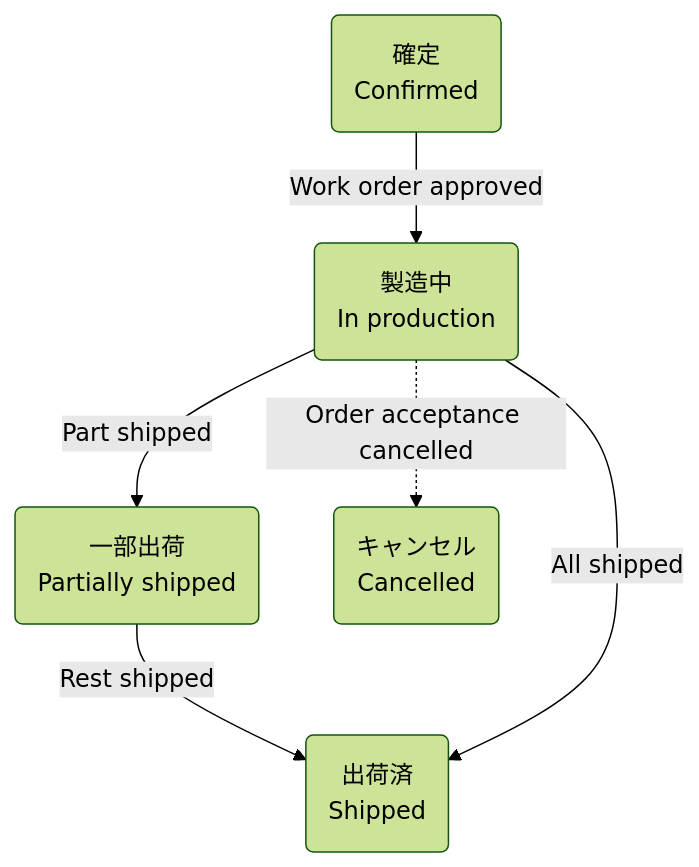
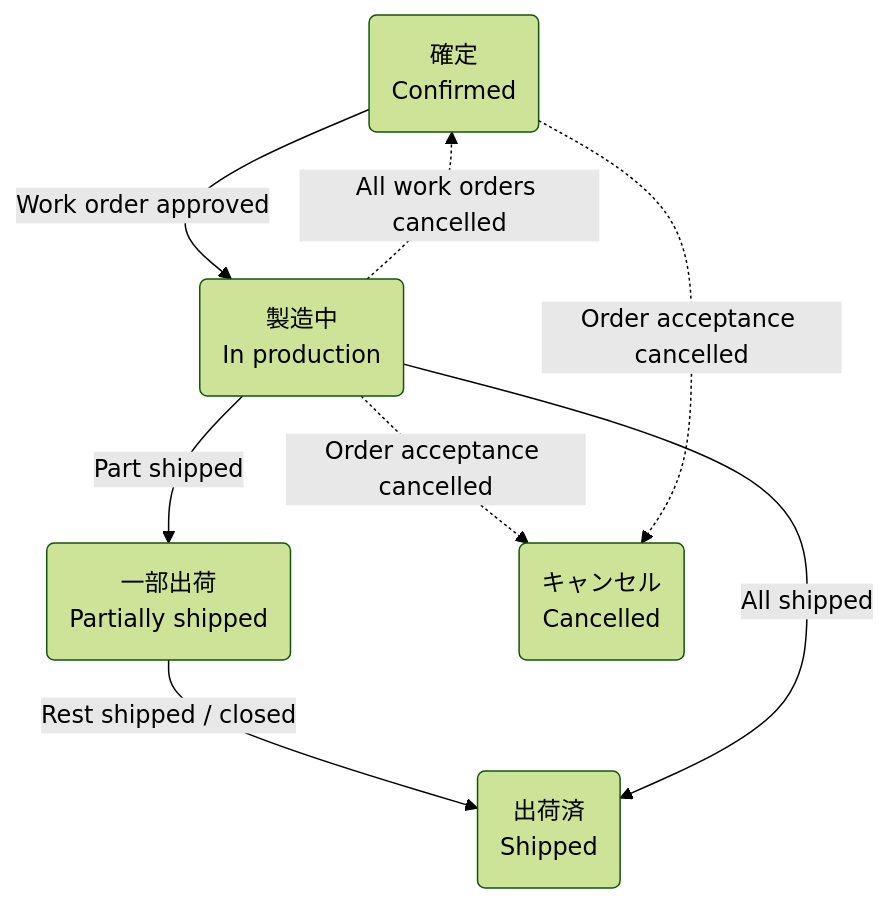
Before and after one commit to Kuisin/ckk-tool-v3: the second of 2 diagrams in coolify/apps/nextjs-web/content/manual/operations/sales/order-line/user.en.md, drawn with Mermaid (forest theme). The commit also changed other lines of this file and 29 other files, not shown here.

````diff
--- a/coolify/apps/nextjs-web/content/manual/operations/sales/order-line/user.en.md
+++ b/coolify/apps/nextjs-web/content/manual/operations/sales/order-line/user.en.md
@@ -68,8 +72,10 @@
 ```mermaid
 flowchart TD
   conf("確定<br/>Confirmed"):::blue -->|"Work order approved"| prod("製造中<br/>In production"):::violet
   prod -->|"Part shipped"| part("一部出荷<br/>Partially shipped"):::orange
-  part -->|"Rest shipped"| ship("出荷済<br/>Shipped"):::green
+  part -->|"Rest shipped / closed"| ship("出荷済<br/>Shipped"):::green
   prod -->|"All shipped"| ship
   prod -.->|"Order acceptance cancelled"| can("キャンセル<br/>Cancelled"):::red
+  conf -.->|"Order acceptance cancelled"| can
+  prod -.->|"All work orders cancelled"| conf
 ```
````
